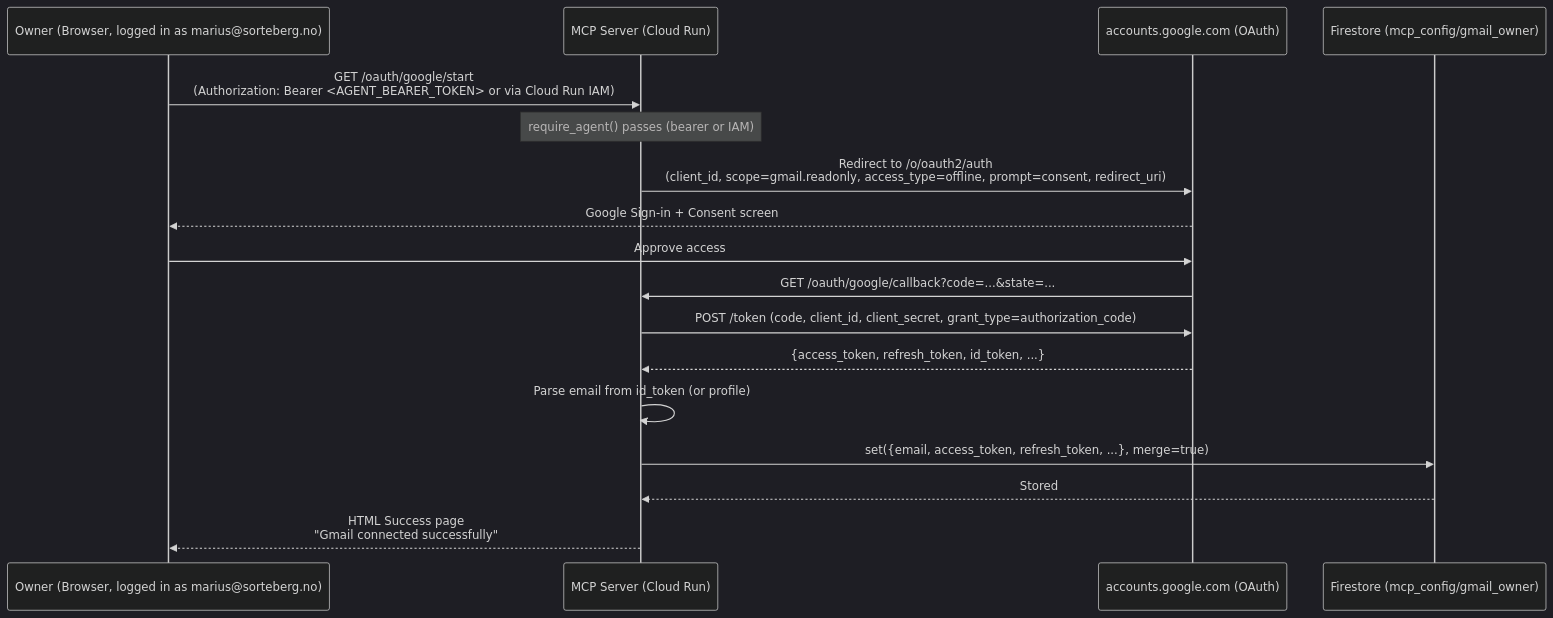
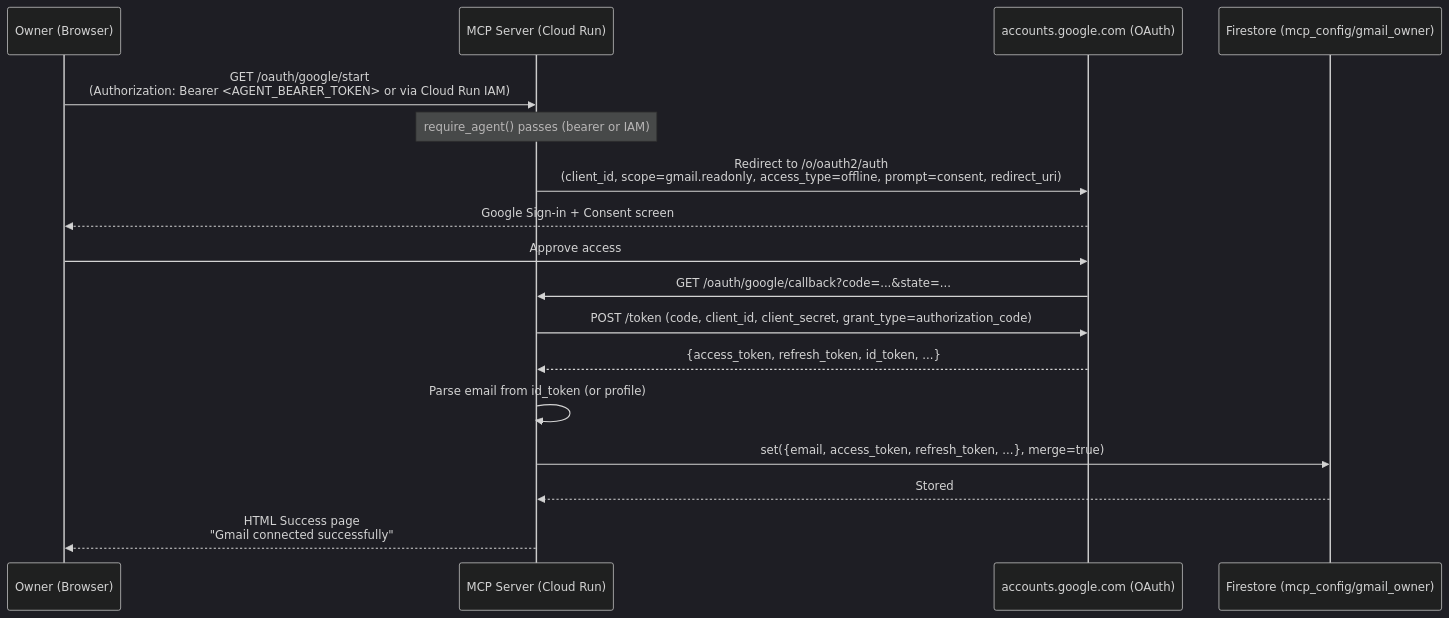
Before and after one commit to MariusSorteberg/sorteberg-mcp: the first of 5 diagrams in ARCHITECTURE.md, drawn with Mermaid (dark theme). The commit also changed other lines of this file and 8 other files, not shown here.

````diff
--- a/ARCHITECTURE.md
+++ b/ARCHITECTURE.md
@@ -55,20 +55,20 @@
 ```mermaid
 sequenceDiagram
-    participant Owner as Owner (Browser, logged in as marius@sorteberg.no)
+    participant Owner as Owner (Browser)
     participant MCP as MCP Server (Cloud Run)
     participant Google as accounts.google.com (OAuth)
     participant FS as Firestore (mcp_config/gmail_owner)
 
     Owner->>MCP: GET /oauth/google/start<br/>(Authorization: Bearer <AGENT_BEARER_TOKEN> or via Cloud Run IAM)
     Note over MCP: require_agent() passes (bearer or IAM)
     MCP->>Google: Redirect to /o/oauth2/auth<br/>(client_id, scope=gmail.readonly, access_type=offline, prompt=consent, redirect_uri)
     Google-->>Owner: Google Sign-in + Consent screen
     Owner->>Google: Approve access
     Google->>MCP: GET /oauth/google/callback?code=...&state=...
     MCP->>Google: POST /token (code, client_id, client_secret, grant_type=authorization_code)
     Google-->>MCP: {access_token, refresh_token, id_token, ...}
     MCP->>MCP: Parse email from id_token (or profile)
     MCP->>FS: set({email, access_token, refresh_token, ...}, merge=true)
     FS-->>MCP: Stored
     MCP-->>Owner: HTML Success page<br/>"Gmail connected successfully"
 ```
````
